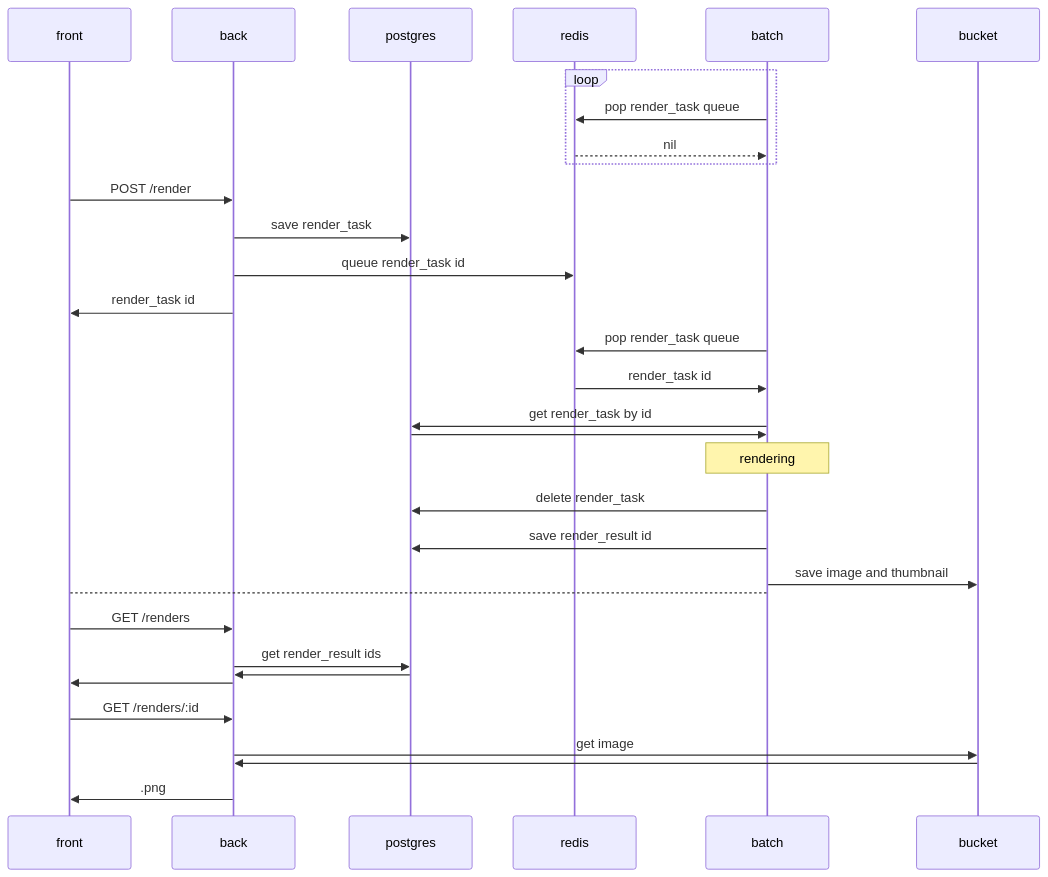
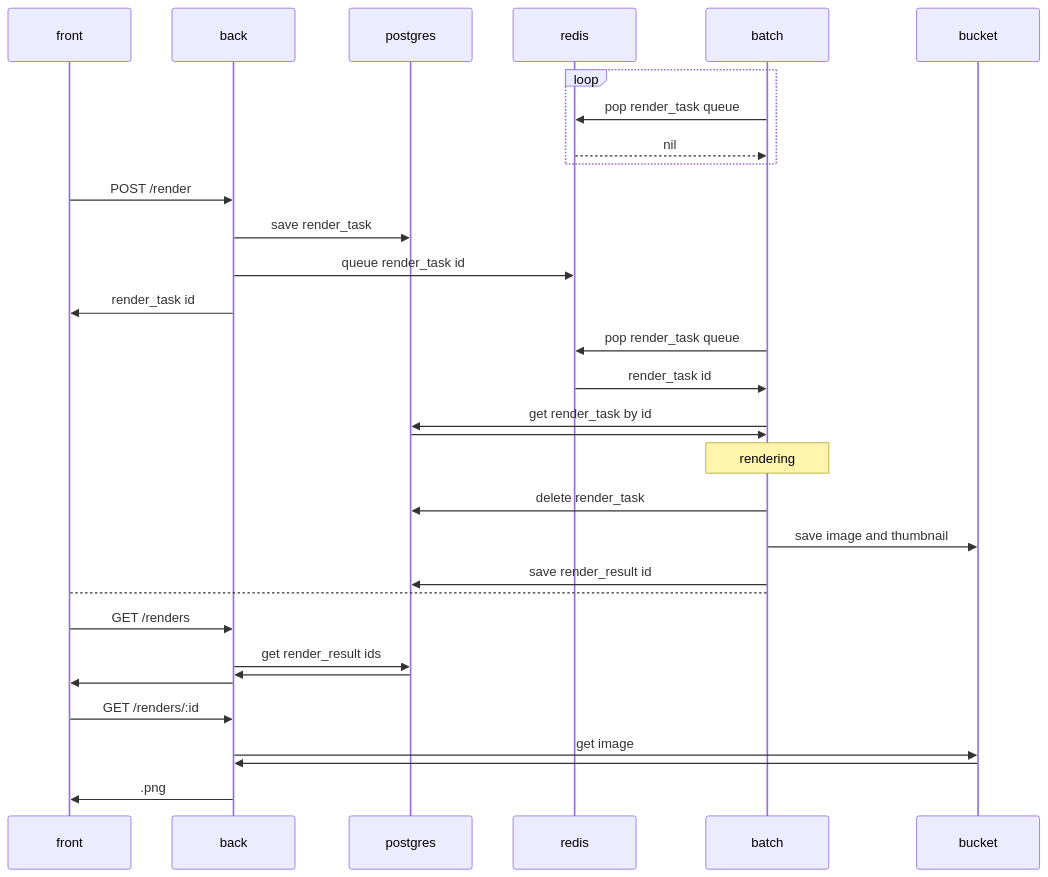
The first of 2 diagrams in README.md (Walther/clovers-service), drawn with Mermaid before and after one commit. The commit also changed other lines of this file, not shown here.

Commit message:
chore: update diagram

````diff
--- a/README.md
+++ b/README.md
@@ -48,34 +48,34 @@
 ```mermaid
 sequenceDiagram
     participant front
     participant back
     participant postgres
     participant redis
     participant batch
     participant bucket
     loop
       batch->>redis: pop render_task queue
       redis-->>batch: nil
     end
     front->>back: POST /render
     back->>postgres: save render_task
     back->>redis: queue render_task id
     back->>front: render_task id
     batch->>redis: pop render_task queue
     redis->>batch: render_task id
     batch->>postgres: get render_task by id
     postgres->>batch: ;
     note over batch: rendering
     batch->>postgres: delete render_task
+    batch->>bucket: save image and thumbnail
     batch->>postgres: save render_result id
-    batch->>bucket: save image and thumbnail
     front-->batch: ;
     front->>back: GET /renders
     back->>postgres: get render_result ids
     postgres->>back: ;
     back->>front: ;
     front->>back: GET /renders/:id
     back->>bucket: get image
     bucket->>back: ;
     back->>front: .png;
 ```
````
